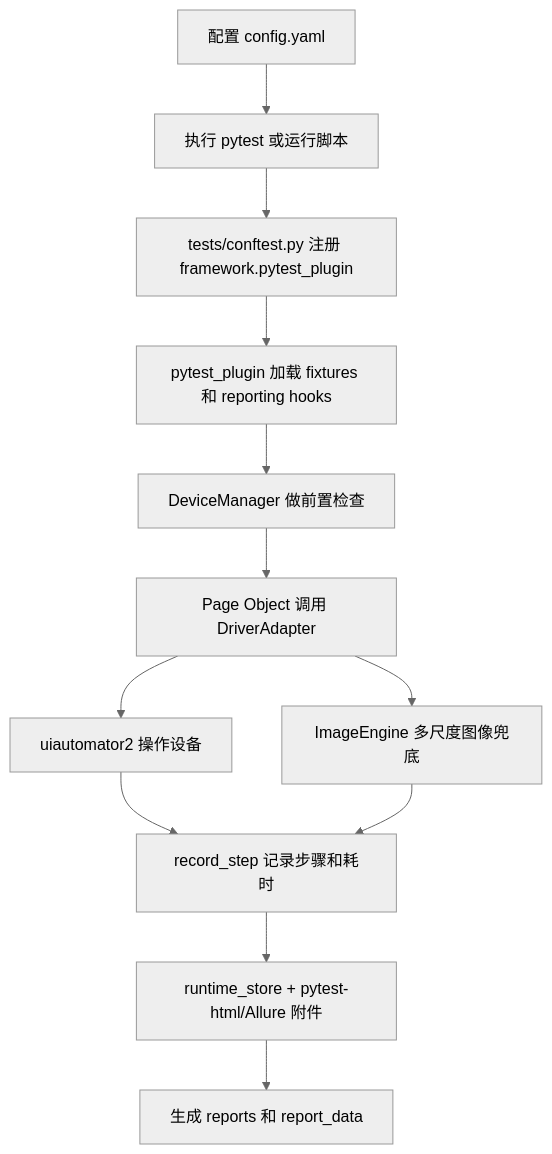
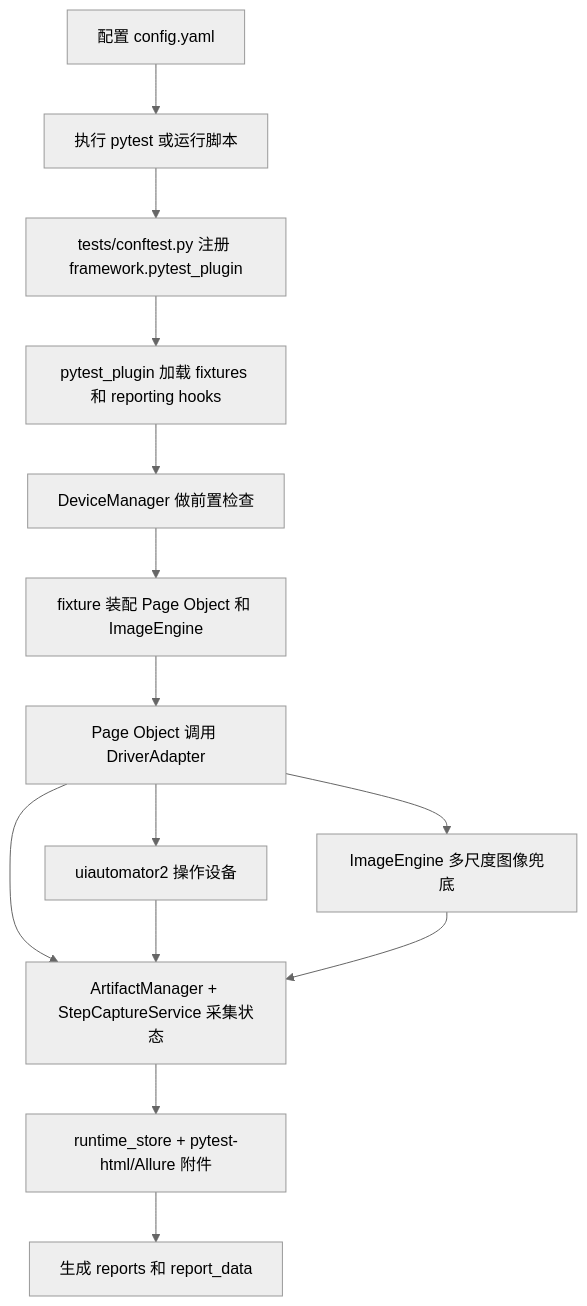
One commit to leaveeeeeee/ai-android-ui-autotest-framework changed the diagram in README.md. Above: the diagram before and after it, drawn with Mermaid (neutral theme). The commit also changed other lines of this file and 17 other files, not shown here.

Commit message:
refactor(framework): decouple step capture and cover hooks (#4)

````diff
--- a/README.md
+++ b/README.md
@@ -46,14 +46,16 @@
 ```mermaid
 flowchart TD
     A[配置 config.yaml] --> B[执行 pytest 或运行脚本]
     B --> C[tests/conftest.py 注册 framework.pytest_plugin]
     C --> D[pytest_plugin 加载 fixtures 和 reporting hooks]
     D --> E[DeviceManager 做前置检查]
-    E --> F[Page Object 调用 DriverAdapter]
-    F --> G[uiautomator2 操作设备]
-    F --> H[ImageEngine 多尺度图像兜底]
-    G --> I[record_step 记录步骤和耗时]
-    H --> I
-    I --> J[runtime_store + pytest-html/Allure 附件]
-    J --> K[生成 reports 和 report_data]
+    E --> F[fixture 装配 Page Object 和 ImageEngine]
+    F --> G[Page Object 调用 DriverAdapter]
+    G --> H[uiautomator2 操作设备]
+    G --> I[ImageEngine 多尺度图像兜底]
+    G --> J[ArtifactManager + StepCaptureService 采集状态]
+    H --> J
+    I --> J
+    J --> K[runtime_store + pytest-html/Allure 附件]
+    K --> L[生成 reports 和 report_data]
 ```
````
